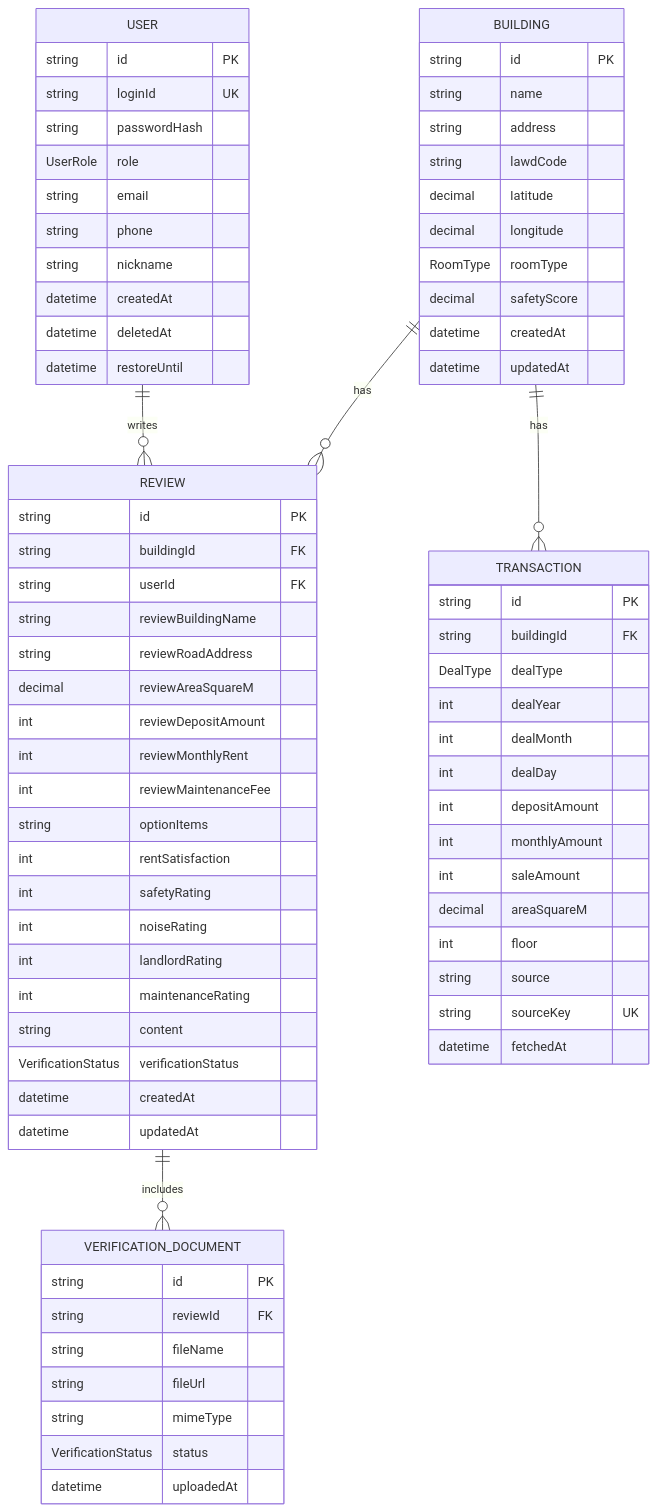
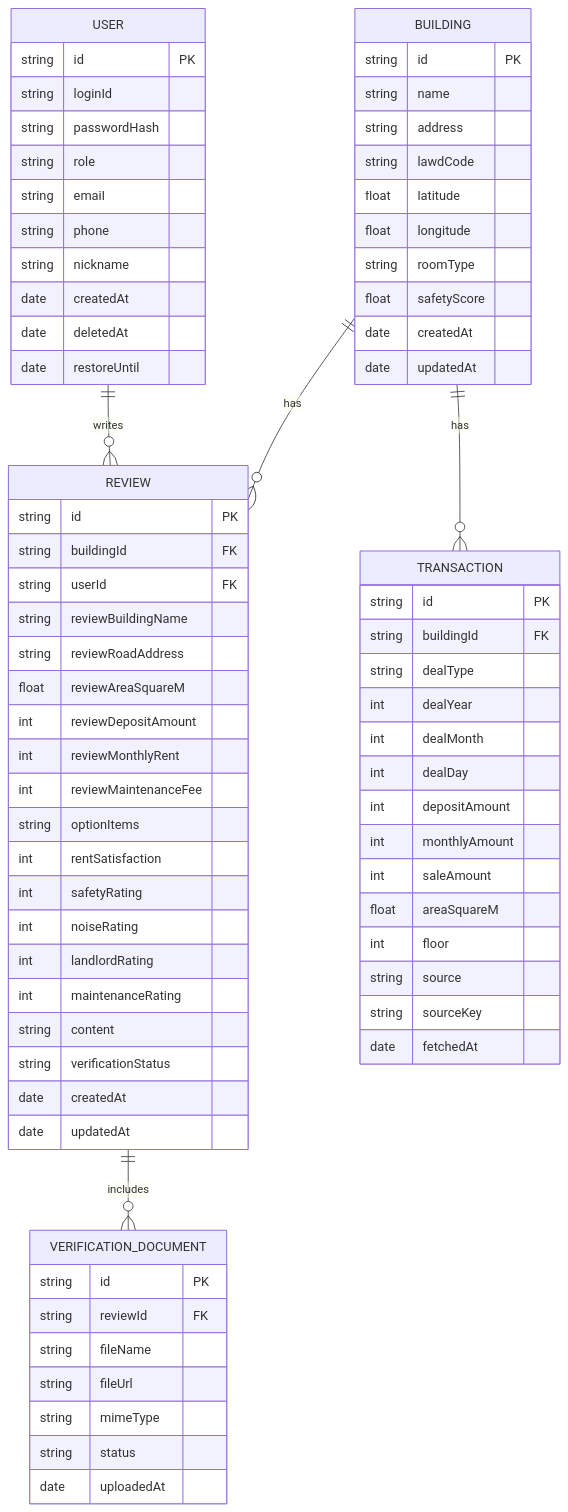
One commit to SANGWOOK0416/smart_room_certification_review_system changed the third of 5 diagrams in finalreport.md. Above: the diagram before and after it, drawn with Mermaid. The commit also changed other lines of this file, not shown here.

Commit message:
docs: fix final report metadata and mermaid

````diff
--- a/finalreport.md
+++ b/finalreport.md
@@ -204,82 +221,82 @@
 ```mermaid
 erDiagram
     USER ||--o{ REVIEW : writes
     BUILDING ||--o{ REVIEW : has
     BUILDING ||--o{ TRANSACTION : has
     REVIEW ||--o{ VERIFICATION_DOCUMENT : includes
 
     USER {
         string id PK
-        string loginId UK
+        string loginId
         string passwordHash
-        UserRole role
+        string role
         string email
         string phone
         string nickname
-        datetime createdAt
-        datetime deletedAt
-        datetime restoreUntil
+        date createdAt
+        date deletedAt
+        date restoreUntil
     }
 
     BUILDING {
         string id PK
         string name
         string address
         string lawdCode
-        decimal latitude
-        decimal longitude
-        RoomType roomType
-        decimal safetyScore
-        datetime createdAt
-        datetime updatedAt
+        float latitude
+        float longitude
+        string roomType
+        float safetyScore
+        date createdAt
+        date updatedAt
     }
 
     TRANSACTION {
         string id PK
         string buildingId FK
-        DealType dealType
+        string dealType
         int dealYear
         int dealMonth
         int dealDay
         int depositAmount
         int monthlyAmount
         int saleAmount
-        decimal areaSquareM
+        float areaSquareM
         int floor
         string source
-        string sourceKey UK
-        datetime fetchedAt
+        string sourceKey
+        date fetchedAt
     }
 
     REVIEW {
         string id PK
         string buildingId FK
         string userId FK
         string reviewBuildingName
         string reviewRoadAddress
-        decimal reviewAreaSquareM
+        float reviewAreaSquareM
         int reviewDepositAmount
         int reviewMonthlyRent
         int reviewMaintenanceFee
         string optionItems
         int rentSatisfaction
         int safetyRating
         int noiseRating
         int landlordRating
         int maintenanceRating
         string content
-        VerificationStatus verificationStatus
-        datetime createdAt
-        datetime updatedAt
+        string verificationStatus
+        date createdAt
+        date updatedAt
     }
 
     VERIFICATION_DOCUMENT {
         string id PK
         string reviewId FK
         string fileName
         string fileUrl
         string mimeType
-        VerificationStatus status
-        datetime uploadedAt
+        string status
+        date uploadedAt
     }
 ```
````
